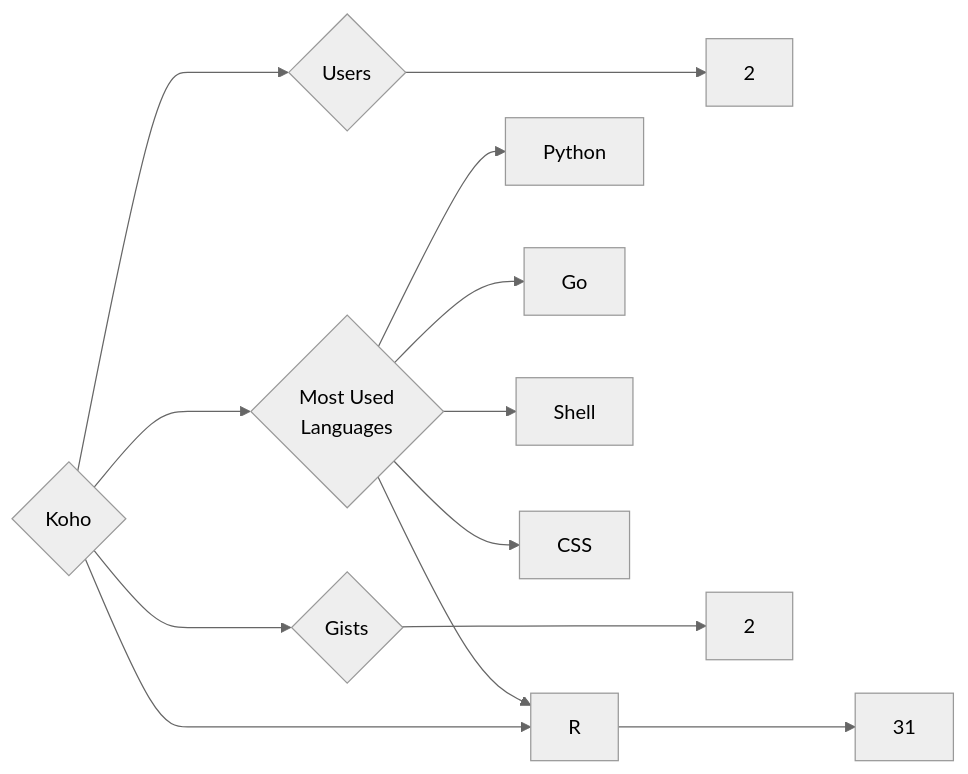
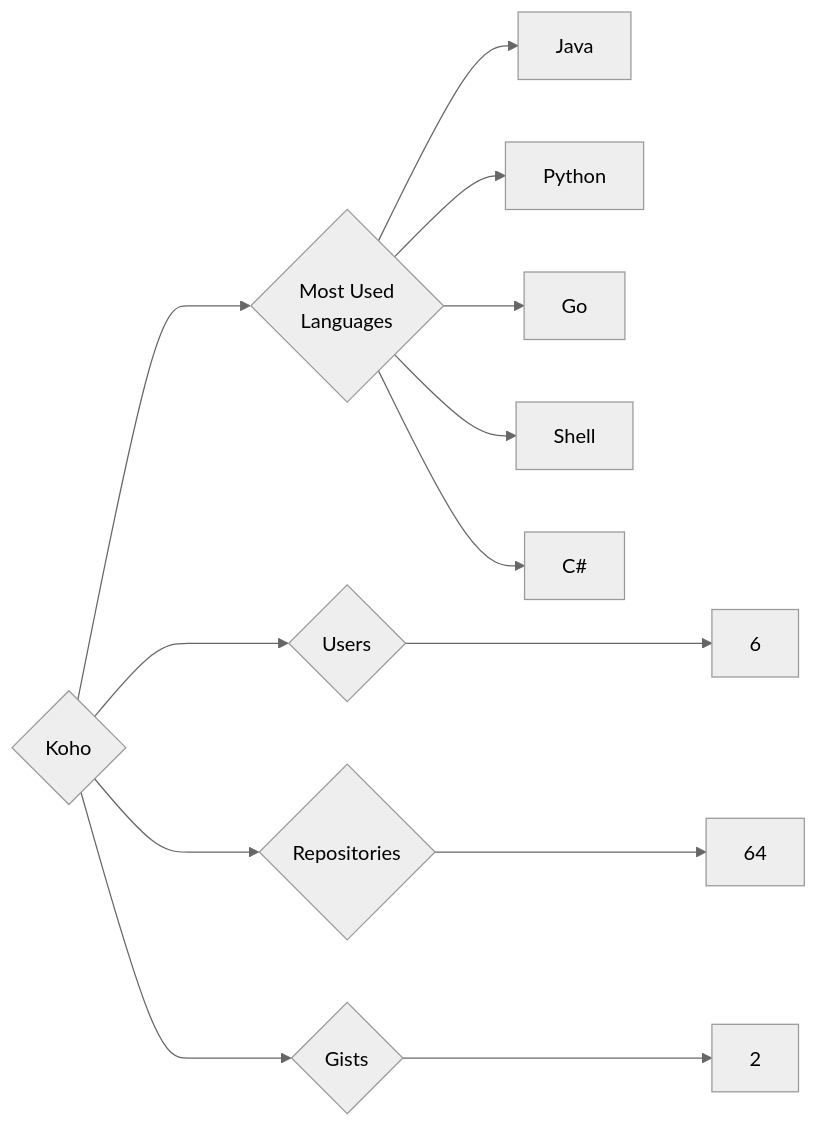
Before and after one commit to trickest/insiders: the diagram in targets/Koho/README.md, drawn with Mermaid (neutral theme). The commit also changed 640 other files, not shown here.

````diff
--- a/targets/Koho/README.md
+++ b/targets/Koho/README.md
@@ -3,13 +3,13 @@
 ```mermaid
 graph LR
 COMPANY_NAME{Koho}
-COMPANY_NAME ---> U{Users} ---> UN[2]
-COMPANY_NAME ---> R{Repositories} ---> RN[31]
+COMPANY_NAME ---> U{Users} ---> UN[6]
+COMPANY_NAME ---> R{Repositories} ---> RN[64]
 COMPANY_NAME ---> G{Gists} ---> GN[2]
 COMPANY_NAME ---> ML{Most Used<br>Languages}
+ML --> Java[Java]
 ML --> Python[Python]
 ML --> Go[Go]
 ML --> Shell[Shell]
-ML --> R[R]
-ML --> CSS[CSS]
+ML --> C#[C#]
 ```
````
